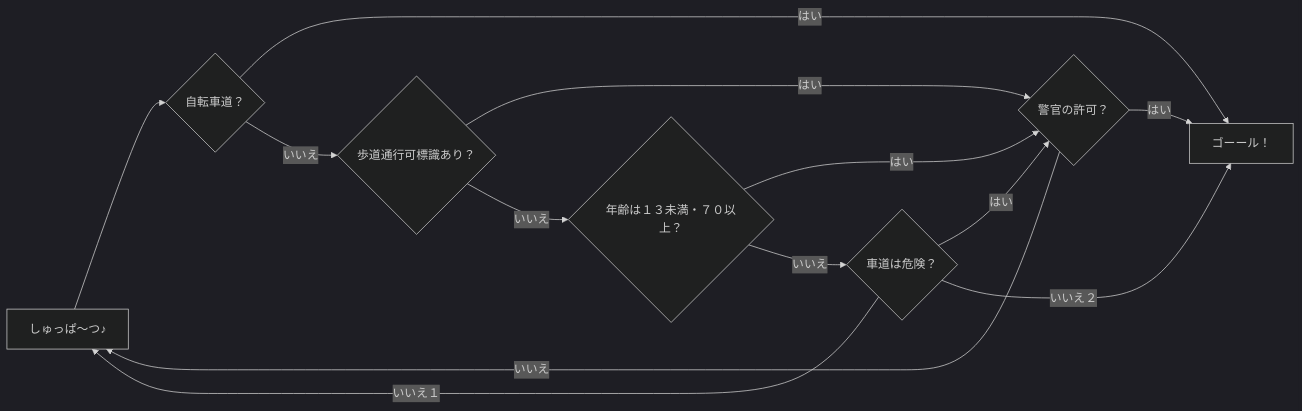
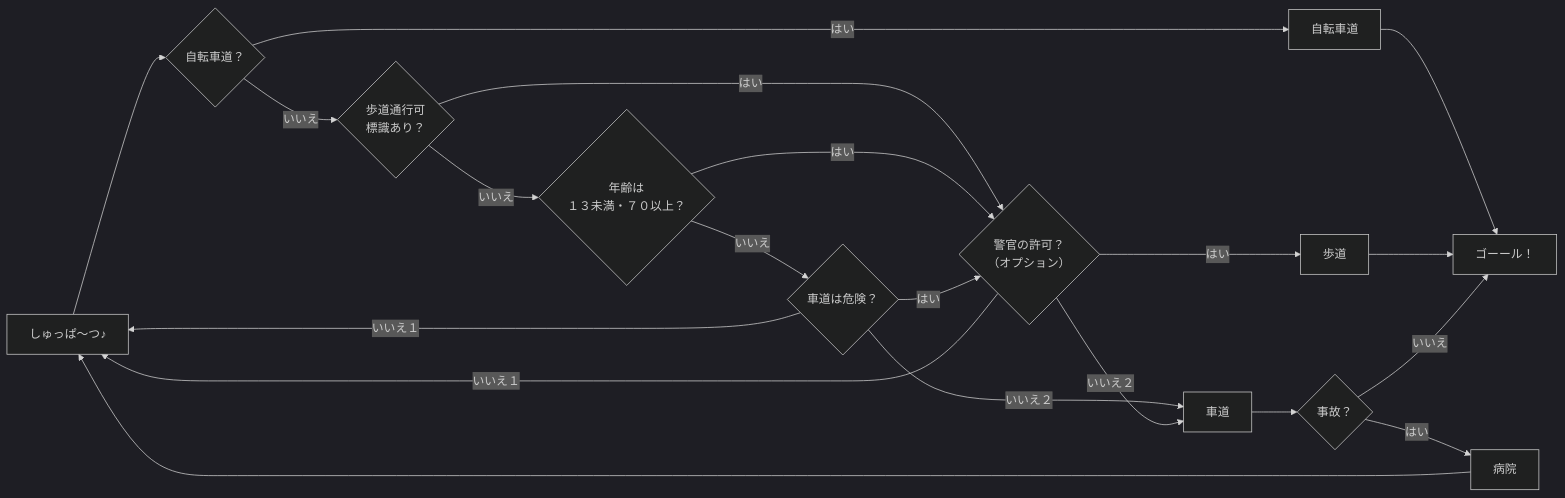
One commit to kensuke/misc changed the diagram in bicycles/README.md. Above: the diagram before and after it, drawn with Mermaid (dark theme).

````diff
--- a/bicycles/README.md
+++ b/bicycles/README.md
@@ -145,26 +145,36 @@
 ```mermaid
 flowchart LR
     S[しゅっぱ～つ♪] --> C
     C{自転車道？}
-    C -->|はい| Gol
+    C -->|はい| Bi
     C -->|いいえ| Sig
 
-    Sig{歩道通行可標識あり？}
+    Sig{歩道通行可<br />標識あり？}
     Sig -->|はい| Pol
     Sig -->|いいえ| Age
 
-    Age{年齢は１３未満・７０以上？}
+    Age{年齢は<br />１３未満・７０以上？}
     Age -->|はい| Pol
     Age -->|いいえ| Env
 
     Env{車道は危険？}
     Env -->|はい| Pol
     Env -->|いいえ１| S
-    Env -->|いいえ２| Gol
+    Env -->|いいえ２| Ca
 
-    Pol{警官の許可？}
-    Pol -->|はい| Gol
-    Pol -->|いいえ| S
+    Pol{警官の許可？<br />（オプション）}
+    Pol -->|はい| Wa
+    Pol -->|いいえ１| S
+    Pol -->|いいえ２| Ca
+
+    Bi[自転車道] --> Gol
+    Wa[歩道] --> Gol
+    Ca[車道] --> Acc
+
+    Acc{事故？}
+    Acc --> |いいえ| Gol
+    Acc --> |はい| Hos
+    Hos[病院] --> S
 
     Gol[ゴーール！]
 ```
````
